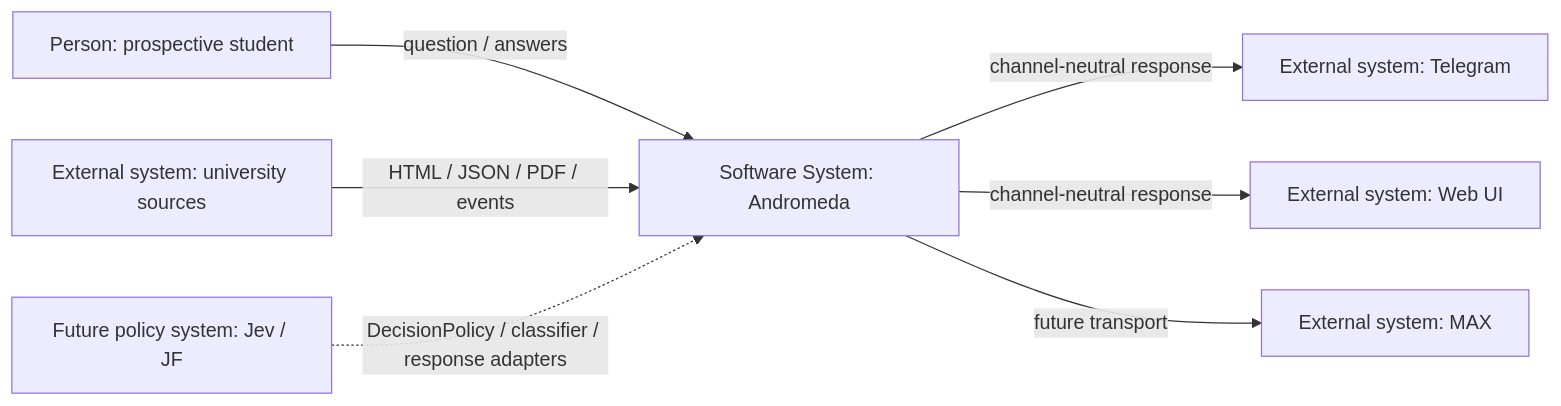
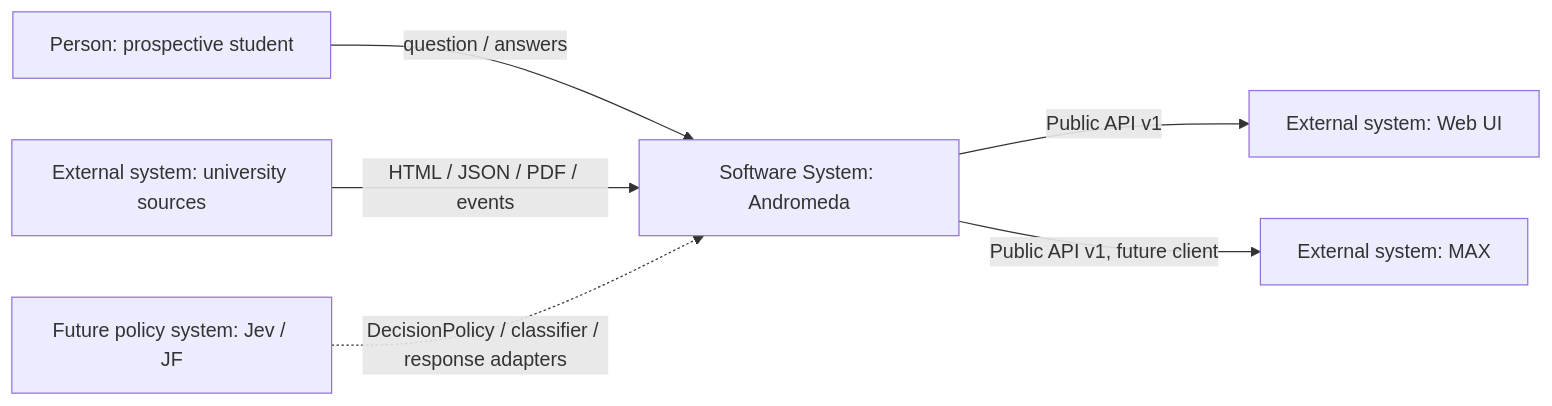
The diagram in .ai-factory/research/universal-educational-analytics/C4-CONTEXT.md (artemnoor/andromeda), drawn with Mermaid before and after one commit. The commit also changed other lines of this file and 120 other files, not shown here.

First line of the commit message:
feat(api): add Public API v1 and DATA-API contract

````diff
--- a/.ai-factory/research/universal-educational-analytics/C4-CONTEXT.md
+++ b/.ai-factory/research/universal-educational-analytics/C4-CONTEXT.md
@@ -8,9 +8,8 @@
 ```mermaid
 flowchart LR
     user["Person: prospective student"] -->|"question / answers"| andromeda["Software System: Andromeda"]
     university["External system: university sources"] -->|"HTML / JSON / PDF / events"| andromeda
-    andromeda -->|"channel-neutral response"| telegram["External system: Telegram"]
-    andromeda -->|"channel-neutral response"| web["External system: Web UI"]
-    andromeda -->|"future transport"| max["External system: MAX"]
+    andromeda -->|"Public API v1"| web["External system: Web UI"]
+    andromeda -->|"Public API v1, future client"| max["External system: MAX"]
     jev["Future policy system: Jev / JF"] -.->|"DecisionPolicy / classifier / response adapters"| andromeda
 ```
````
